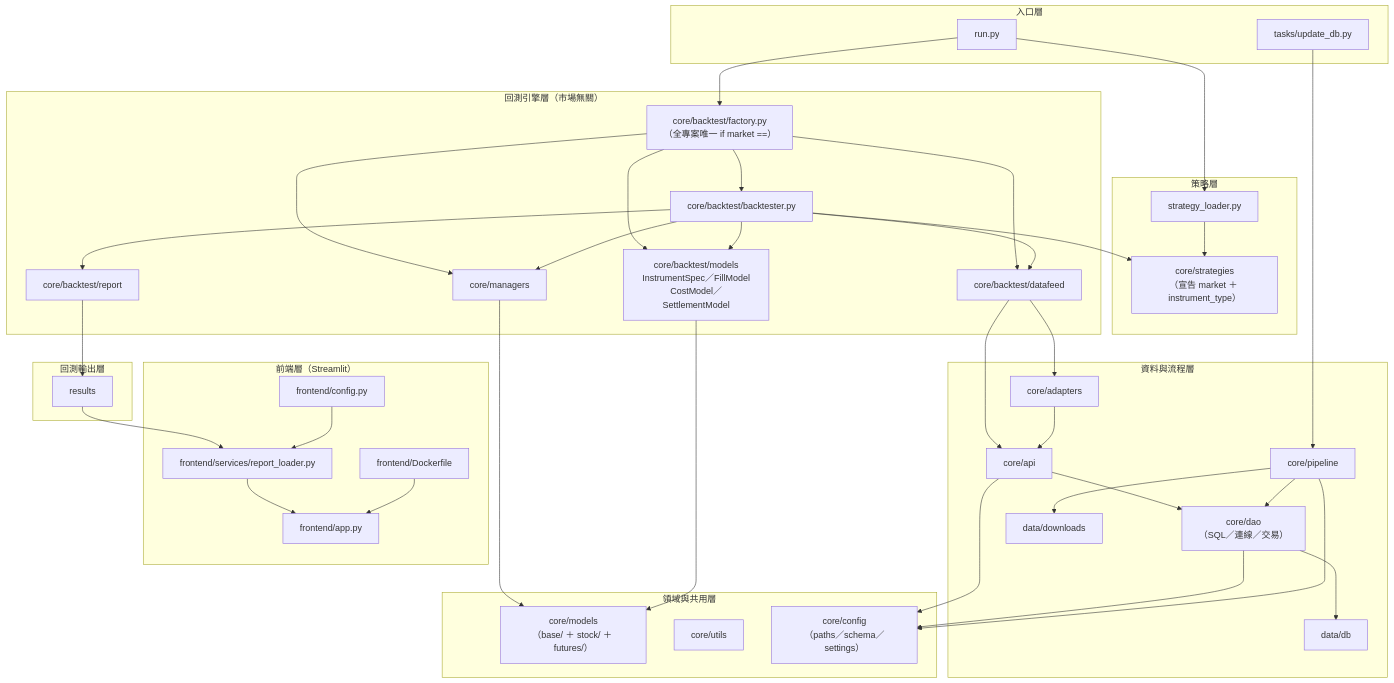
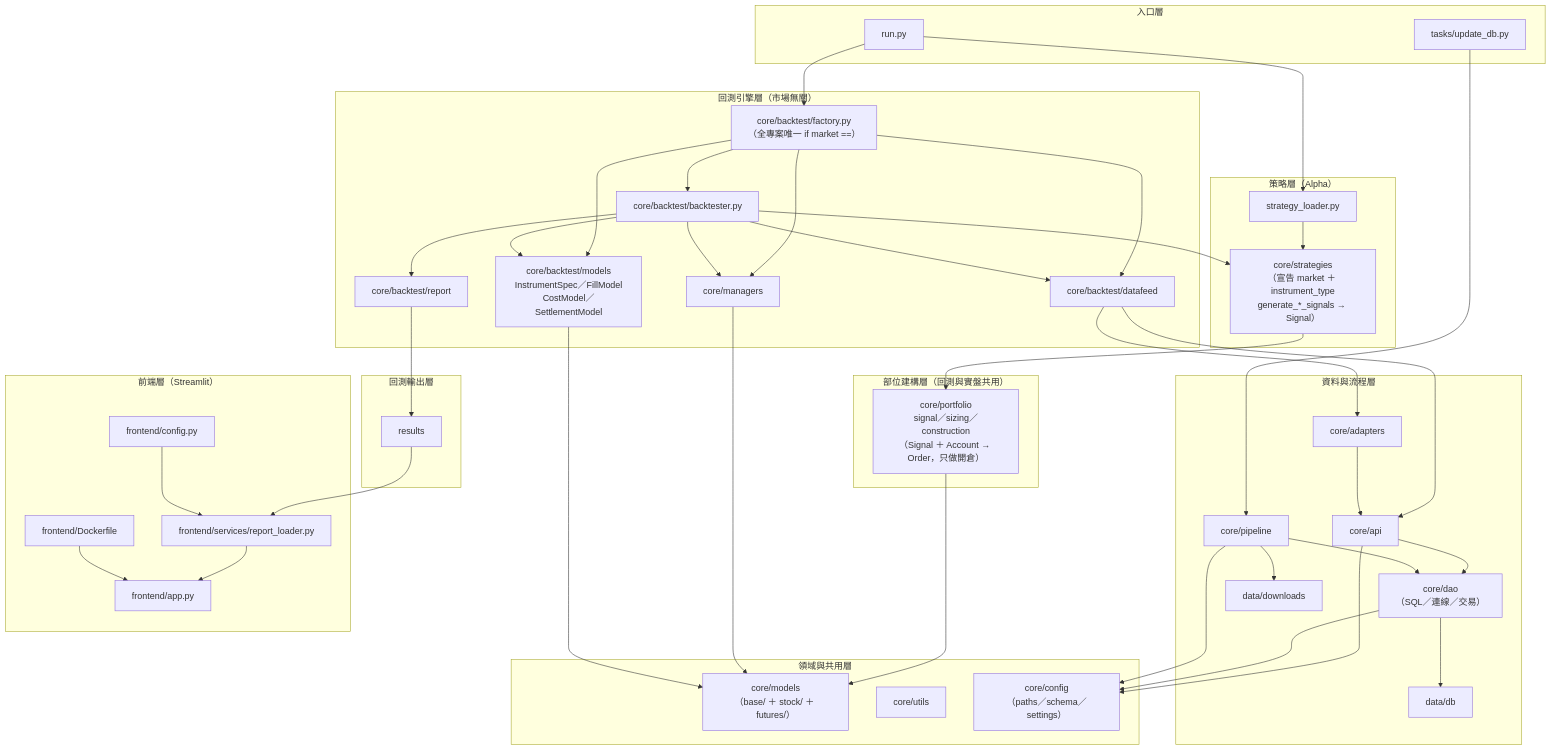
Before and after one commit to NYFund/alphaedge: the diagram in README.md, drawn with Mermaid. The commit also changed 8 other files, not shown here.

First line of the commit message:
docs: 六份文件改寫為新分層，命名表補 generate_*_signals（S8）

```diff
--- a/README.md
+++ b/README.md
@@ -15,9 +15,13 @@
         Tasks["tasks/update_db.py"]
     end
 
-    subgraph strategy_layer ["策略層"]
-        Strategies["core/strategies<br/>（宣告 market ＋ instrument_type）"]
+    subgraph strategy_layer ["策略層（Alpha）"]
+        Strategies["core/strategies<br/>（宣告 market ＋ instrument_type<br/>generate_*_signals → Signal）"]
         Loader["strategy_loader.py"]
+    end
+
+    subgraph portfolio_layer ["部位建構層（回測與實盤共用）"]
+        Portfolio["core/portfolio<br/>signal／sizing／construction<br/>（Signal ＋ Account → Order，只做開倉）"]
     end
 
     subgraph engine_layer ["回測引擎層（市場無關）"]
@@ -57,6 +61,8 @@
 
     RunPy --> Loader
     Loader --> Strategies
+    Strategies --> Portfolio
+    Portfolio --> Models
     RunPy --> Factory
     Factory --> Backtester
     Factory --> BTModels
```
